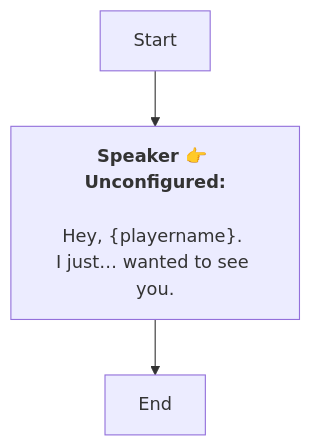
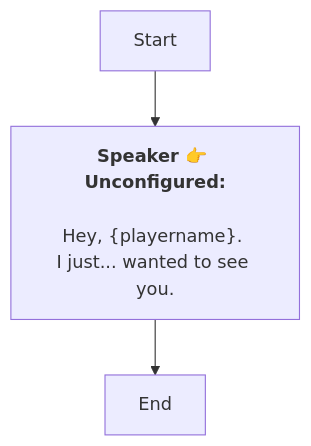
The diagram in En/Dialog_55209110178020.md (SoftHu/tos_avg), drawn with Mermaid before and after one commit. The commit also changed 53 other files, not shown here.

````diff
--- a/En/Dialog_55209110178020.md
+++ b/En/Dialog_55209110178020.md
@@ -1,9 +1,9 @@
 ```mermaid
 graph
 Start -->1766691966779318[<b>Speaker 👉 Unconfigured:</b>
 
 Hey, &lbrace;playername&rbrace;. 
-I just… wanted to see you.]
+I just... wanted to see you.]
 1766691966779318 -->1766691959425973[End]
 
  ```
````
